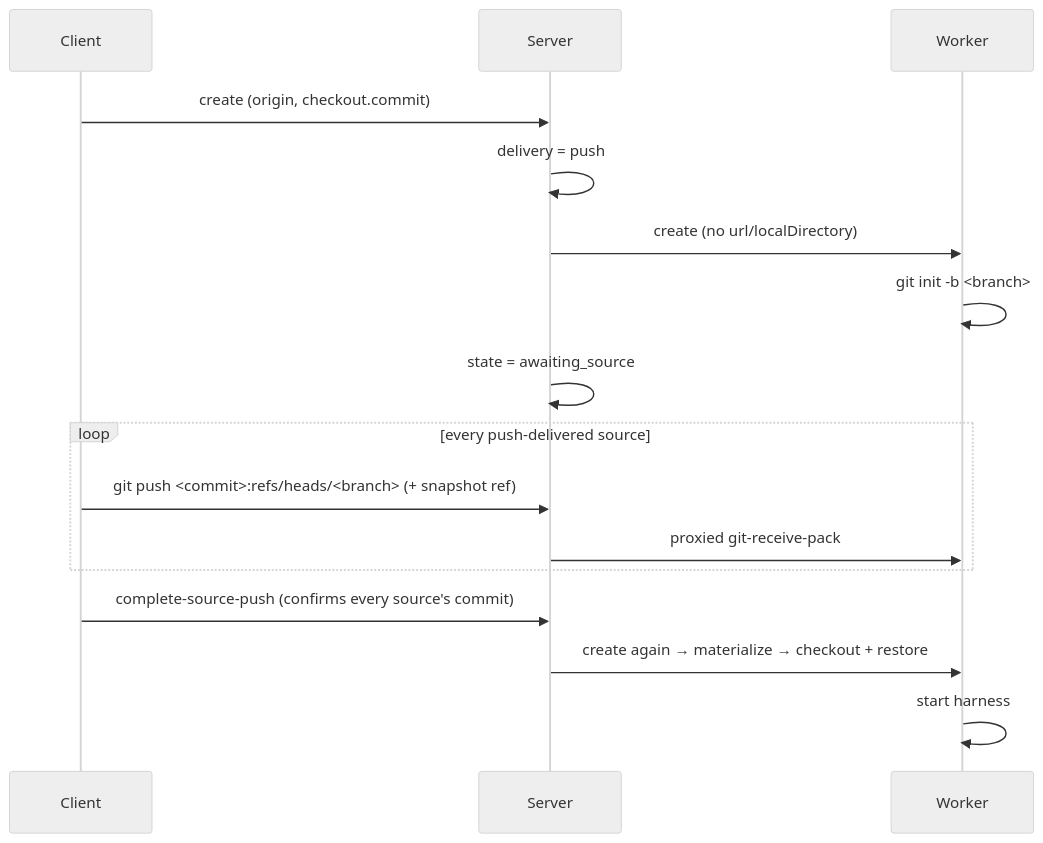
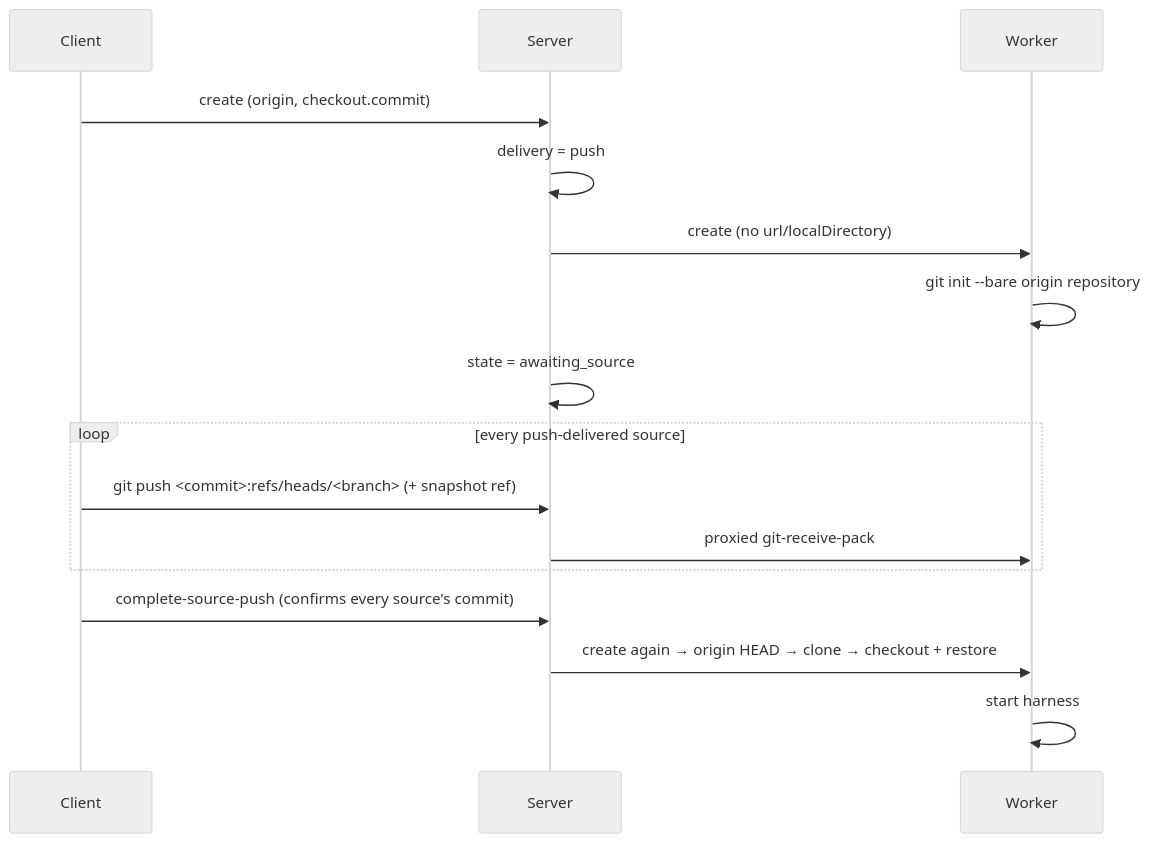
One commit to discobox-ai/discobox changed the second of 2 diagrams in server/internal/resources/sandboxes/DESIGN.md. Above: the diagram before and after it, drawn with Mermaid (neutral theme). The commit also changed other lines of this file and 37 other files, not shown here.

````diff
--- a/server/internal/resources/sandboxes/DESIGN.md
+++ b/server/internal/resources/sandboxes/DESIGN.md
@@ -327,18 +343,18 @@
 ```mermaid
 sequenceDiagram
     participant C as Client
     participant S as Server
     participant W as Worker
     C->>S: create (origin, checkout.commit)
     S->>S: delivery = push
     S->>W: create (no url/localDirectory)
-    W->>W: git init -b <branch>
+    W->>W: git init --bare origin repository
     S->>S: state = awaiting_source
     loop every push-delivered source
         C->>S: git push <commit>:refs/heads/<branch> (+ snapshot ref)
         S->>W: proxied git-receive-pack
     end
     C->>S: complete-source-push (confirms every source's commit)
-    S->>W: create again → materialize → checkout + restore
+    S->>W: create again → origin HEAD → clone → checkout + restore
     W->>W: start harness
 ```
````
